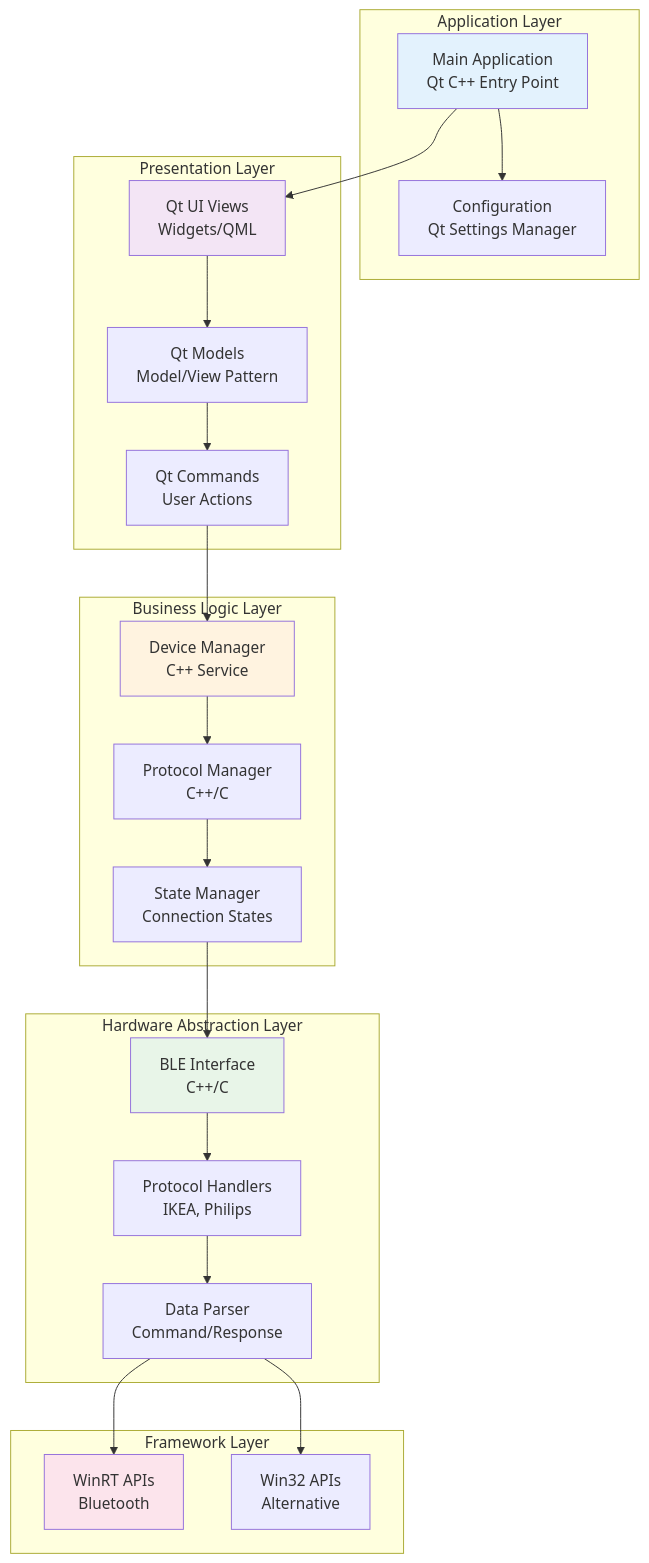
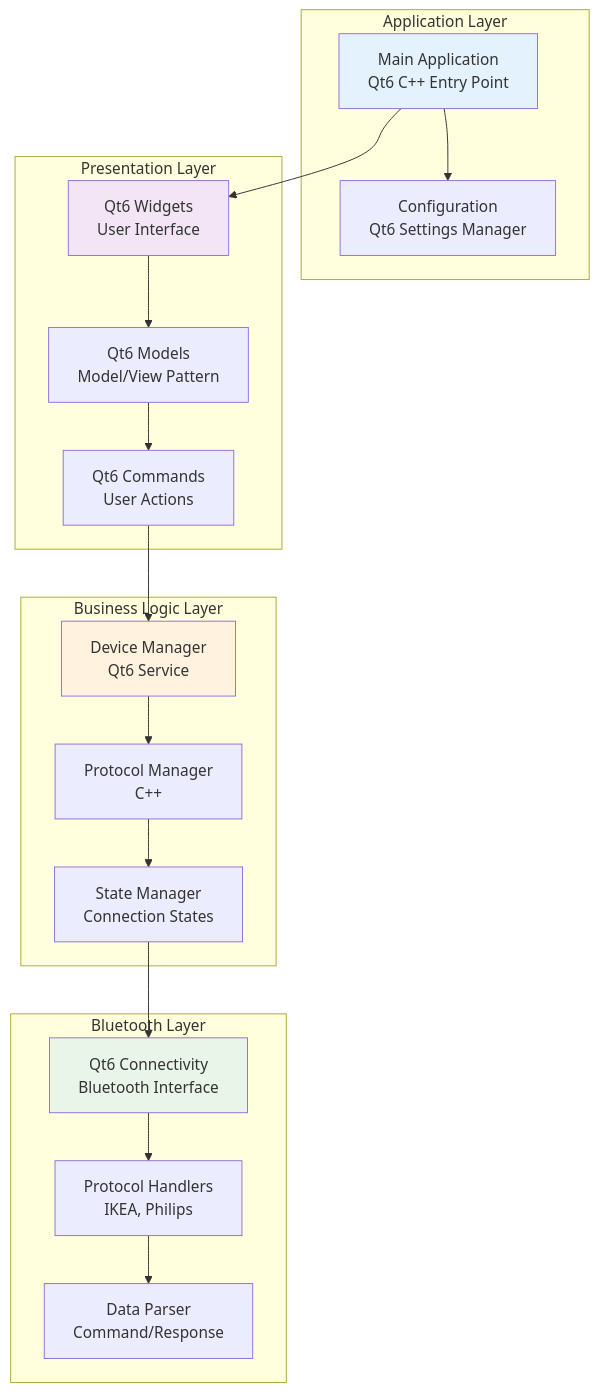
One commit to hchia93/bt-lumina changed the third of 3 diagrams in README.md. Above: the diagram before and after it, drawn with Mermaid. The commit also changed other lines of this file and 5 other files, not shown here.

````diff
--- a/README.md
+++ b/README.md
@@ -142,49 +101,41 @@
 ```mermaid
 graph TB
     subgraph "Application Layer"
-        Main[Main Application<br/>Qt C++ Entry Point]
-        Config[Configuration<br/>Qt Settings Manager]
+        Main[Main Application<br/>Qt6 C++ Entry Point]
+        Config[Configuration<br/>Qt6 Settings Manager]
     end
     
     subgraph "Presentation Layer"
-        Views[Qt UI Views<br/>Widgets/QML]
-        ViewModels[Qt Models<br/>Model/View Pattern]
-        Commands[Qt Commands<br/>User Actions]
+        Views[Qt6 Widgets<br/>User Interface]
+        ViewModels[Qt6 Models<br/>Model/View Pattern]
+        Commands[Qt6 Commands<br/>User Actions]
     end
     
     subgraph "Business Logic Layer"
-        DeviceManager[Device Manager<br/>C++ Service]
-        ProtocolManager[Protocol Manager<br/>C++/C]
+        DeviceManager[Device Manager<br/>Qt6 Service]
+        ProtocolManager[Protocol Manager<br/>C++]
         StateManager[State Manager<br/>Connection States]
     end
     
-    subgraph "Hardware Abstraction Layer"
-        BLEInterface[BLE Interface<br/>C++/C]
+    subgraph "Bluetooth Layer"
+        BLEInterface[Qt6 Connectivity<br/>Bluetooth Interface]
         ProtocolHandlers[Protocol Handlers<br/>IKEA, Philips]
         DataParser[Data Parser<br/>Command/Response]
-    end
-    
-    subgraph "Framework Layer"
-        WinRT[WinRT APIs<br/>Bluetooth]
-        Win32[Win32 APIs<br/>Alternative]
     end
     
     Main --> Config
     Main --> Views
     Views --> ViewModels
     ViewModels --> Commands
     Commands --> DeviceManager
     DeviceManager --> ProtocolManager
     ProtocolManager --> StateManager
     StateManager --> BLEInterface
     BLEInterface --> ProtocolHandlers
     ProtocolHandlers --> DataParser
-    DataParser --> WinRT
-    DataParser --> Win32
     
     style Main fill:#e3f2fd
     style Views fill:#f3e5f5
     style DeviceManager fill:#fff3e0
     style BLEInterface fill:#e8f5e8
-    style WinRT fill:#fce4ec
 ```
````
